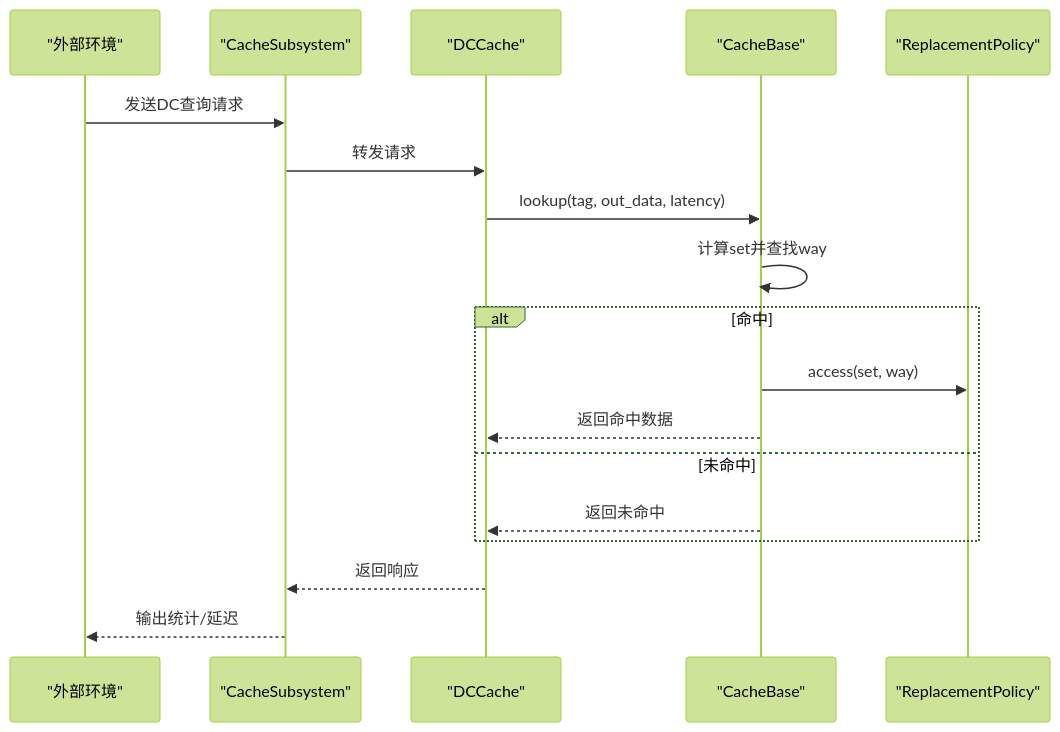
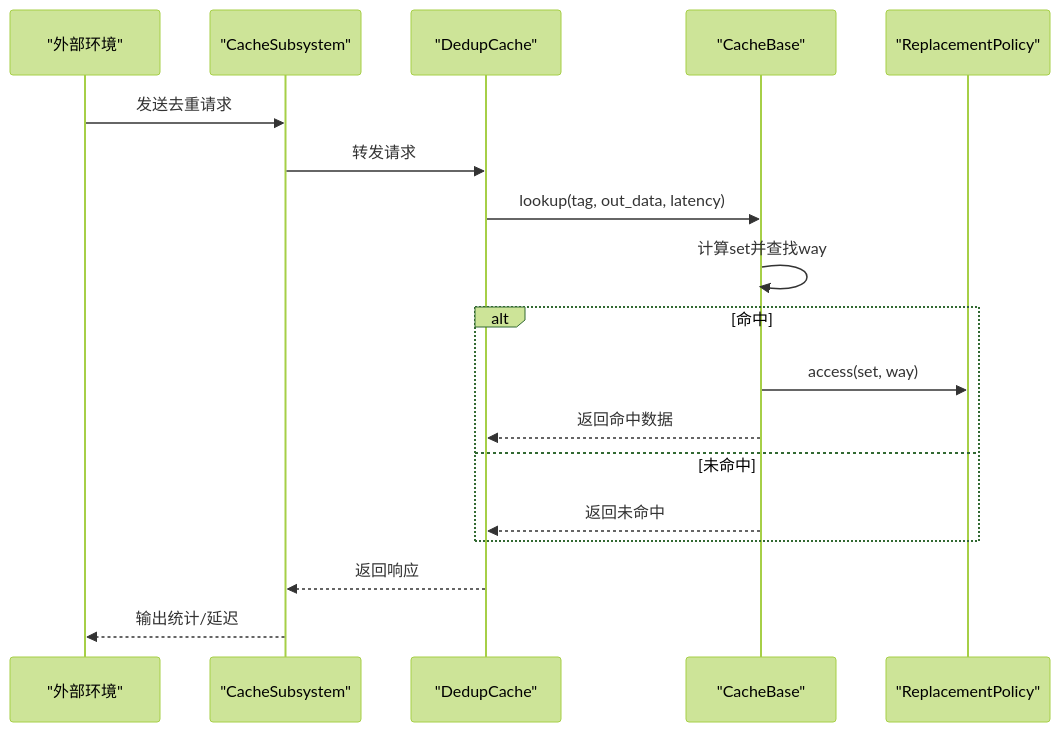
One commit to jiangjiang1122/iommu_model_20260401_v1 changed the second of 5 diagrams in .qoder/repowiki/zh/content/配置与参数/缓存配置.md. Above: the diagram before and after it, drawn with Mermaid (forest theme). The commit also changed other lines of this file and 55 other files, not shown here.

````diff
--- a/.qoder/repowiki/zh/content/配置与参数/缓存配置.md
+++ b/.qoder/repowiki/zh/content/配置与参数/缓存配置.md
@@ -139,20 +155,20 @@
 ```mermaid
 sequenceDiagram
 participant ENV as "外部环境"
 participant SUB as "CacheSubsystem"
-participant DC as "DCCache"
+participant DEDUP as "DedupCache"
 participant CB as "CacheBase"
 participant RP as "ReplacementPolicy"
-ENV->>SUB : 发送DC查询请求
-SUB->>DC : 转发请求
-DC->>CB : lookup(tag, out_data, latency)
+ENV->>SUB : 发送去重请求
+SUB->>DEDUP : 转发请求
+DEDUP->>CB : lookup(tag, out_data, latency)
 CB->>CB : 计算set并查找way
 alt 命中
 CB->>RP : access(set, way)
-CB-->>DC : 返回命中数据
+CB-->>DEDUP : 返回命中数据
 else 未命中
-CB-->>DC : 返回未命中
+CB-->>DEDUP : 返回未命中
 end
-DC-->>SUB : 返回响应
+DEDUP-->>SUB : 返回响应
 SUB-->>ENV : 输出统计/延迟
 ```
````
